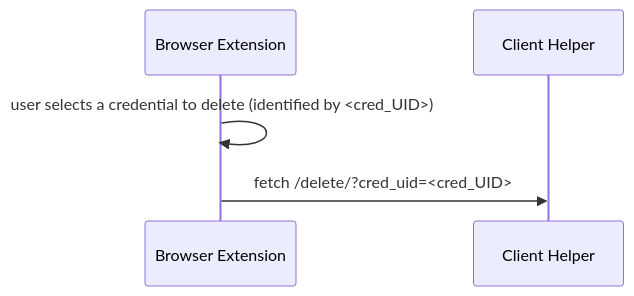
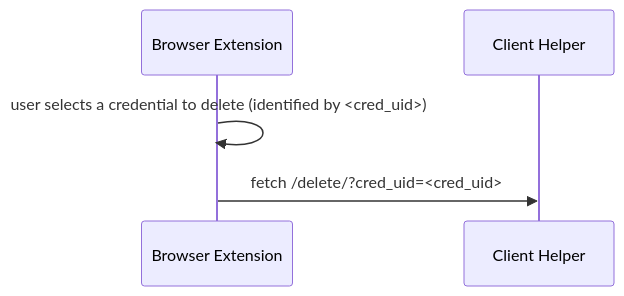
One commit to moven0831/crescent-rs256-sd-example-app changed the second of 3 diagrams in sample/README.md. Above: the diagram before and after it, drawn with Mermaid. The commit also changed other lines of this file and 32 other files, not shown here.

````diff
--- a/sample/README.md
+++ b/sample/README.md
@@ -89,7 +96,7 @@
 ```mermaid
 sequenceDiagram
     participant E as Browser Extension
     participant C as Client Helper
-    E->>E: user selects a credential to delete (identified by <cred_UID>)
-    E->>C: fetch /delete/?cred_uid=<cred_UID>
+    E->>E: user selects a credential to delete (identified by <cred_uid>)
+    E->>C: fetch /delete/?cred_uid=<cred_uid>
 ```
````
